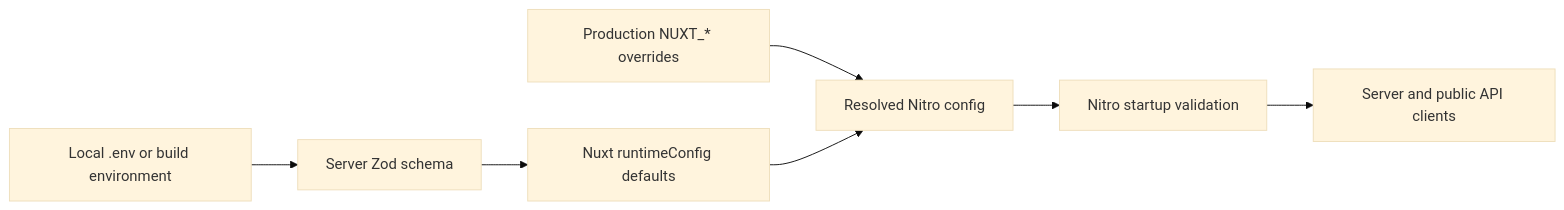
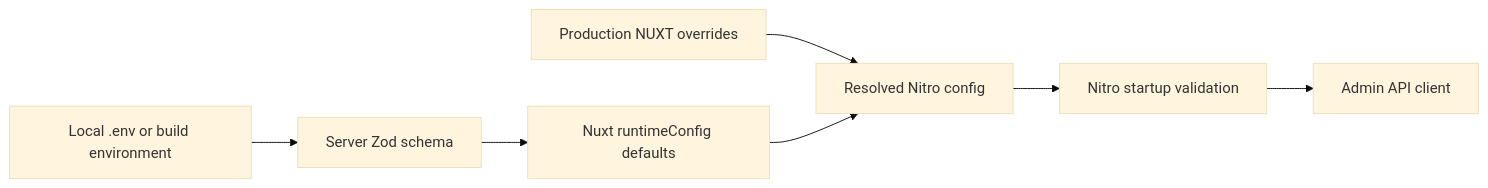
Before and after one commit to johnakisk0700/slopform: the diagram in docs/frontend.md, drawn with Mermaid (base theme). The commit also changed other lines of this file and 48 other files, not shown here.

````diff
--- a/docs/frontend.md
+++ b/docs/frontend.md
@@ -135,9 +123,9 @@
 ```mermaid
 flowchart LR
   local["Local .env or build environment"] --> build["Server Zod schema"]
   build --> config["Nuxt runtimeConfig defaults"]
-  runtime["Production NUXT_* overrides"] --> resolved["Resolved Nitro config"]
+  runtime["Production NUXT overrides"] --> resolved["Resolved Nitro config"]
   config --> resolved
   resolved --> startup["Nitro startup validation"]
-  startup --> server["Server and public API clients"]
+  startup --> client["Admin API client"]
 ```
````
